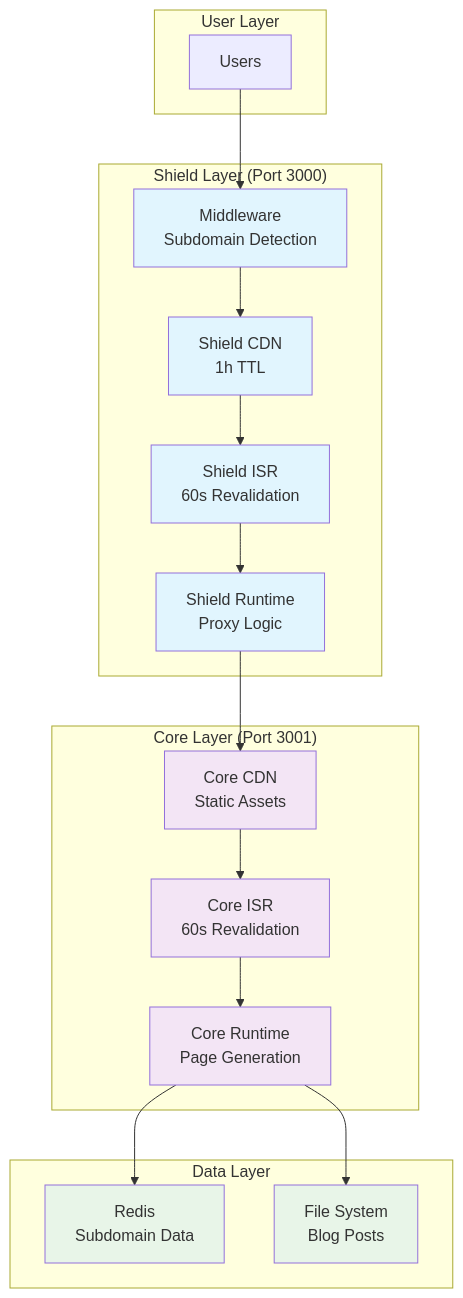
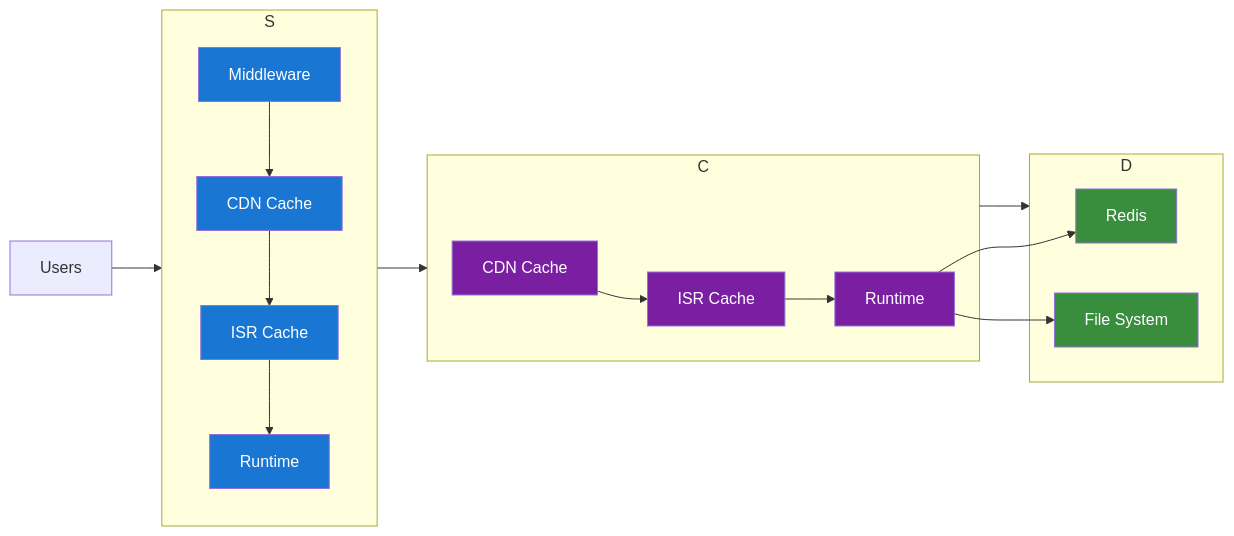
Before and after one commit to vercel-labs/isr-platform-shield: the first of 6 diagrams in docs/ARCHITECTURE.md, drawn with Mermaid. The commit also changed other lines of this file, not shown here.

````diff
--- a/docs/ARCHITECTURE.md
+++ b/docs/ARCHITECTURE.md
@@ -47,42 +47,37 @@
 ```mermaid
-graph TB
-    subgraph "User Layer"
-        U[Users]
+graph LR
+    U[Users] --> S[Shield Layer<br/>Port 3000]
+    S --> C[Core Layer<br/>Port 3001]
+    C --> D[Data Layer]
+
+    subgraph S
+        MW[Middleware]
+        CDN1[CDN Cache]
+        ISR1[ISR Cache]
+        RT1[Runtime]
     end
 
-    subgraph "Shield Layer (Port 3000)"
-        MW[Middleware<br/>Subdomain Detection]
-        CDN1[Shield CDN<br/>1h TTL]
-        ISR1[Shield ISR<br/>60s Revalidation]
-        RT1[Shield Runtime<br/>Proxy Logic]
+    subgraph C
+        CDN2[CDN Cache]
+        ISR2[ISR Cache]
+        RT2[Runtime]
     end
 
-    subgraph "Core Layer (Port 3001)"
-        CDN2[Core CDN<br/>Static Assets]
-        ISR2[Core ISR<br/>60s Revalidation]
-        RT2[Core Runtime<br/>Page Generation]
+    subgraph D
+        R[Redis]
+        FS[File System]
     end
 
-    subgraph "Data Layer"
-        R[Redis<br/>Subdomain Data]
-        FS[File System<br/>Blog Posts]
-    end
-
-    U --> MW
-    MW --> CDN1
-    CDN1 --> ISR1
-    ISR1 --> RT1
-    RT1 --> CDN2
-    CDN2 --> ISR2
-    ISR2 --> RT2
+    MW --> CDN1 --> ISR1 --> RT1
+    CDN2 --> ISR2 --> RT2
     RT2 --> R
     RT2 --> FS
 
-    classDef shield fill:#e1f5fe
-    classDef core fill:#f3e5f5
-    classDef data fill:#e8f5e8
+    classDef shield fill:#1976d2,color:#fff
+    classDef core fill:#7b1fa2,color:#fff
+    classDef data fill:#388e3c,color:#fff
 
     class MW,CDN1,ISR1,RT1 shield
     class CDN2,ISR2,RT2 core
     class R,FS data
 ```
````
